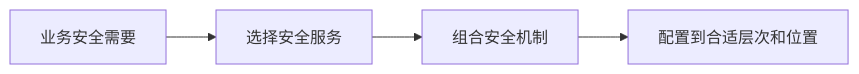
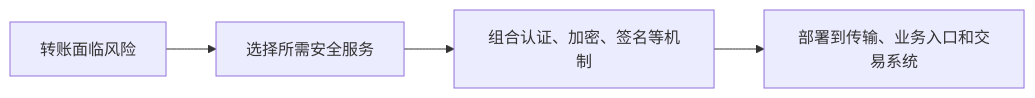
Before and after one commit to 74262195/system-architect-notes: the diagram in 01_综合知识/03_信息安全技术/05_安全架构治理与可信/OSI安全体系结构.md, drawn with Mermaid. The commit also changed other lines of this file and 33 other files, not shown here.

````diff
--- a/01_综合知识/03_信息安全技术/05_安全架构治理与可信/OSI安全体系结构.md
+++ b/01_综合知识/03_信息安全技术/05_安全架构治理与可信/OSI安全体系结构.md
@@ -41,6 +51,6 @@
 ```mermaid
 flowchart LR
-    N[业务安全需要] --> S[选择安全服务]
-    S --> M[组合安全机制]
-    M --> L[配置到合适层次和位置]
+    N[转账面临风险] --> S[选择所需安全服务]
+    S --> M[组合认证、加密、签名等机制]
+    M --> L[部署到传输、业务入口和交易系统]
 ```
````
